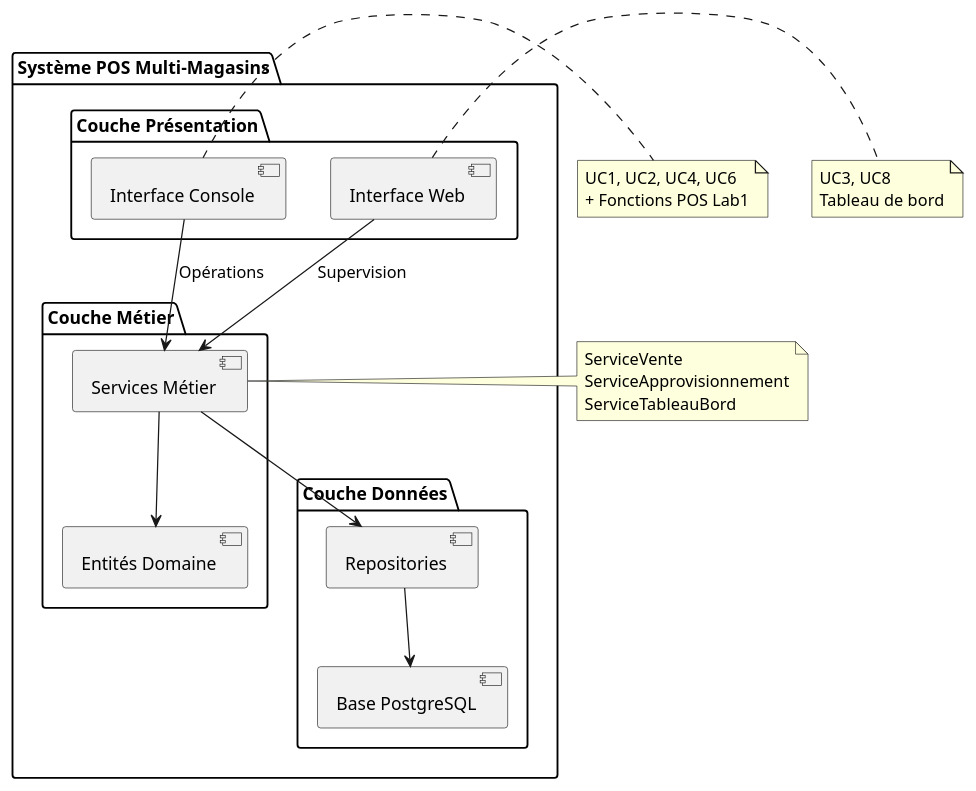
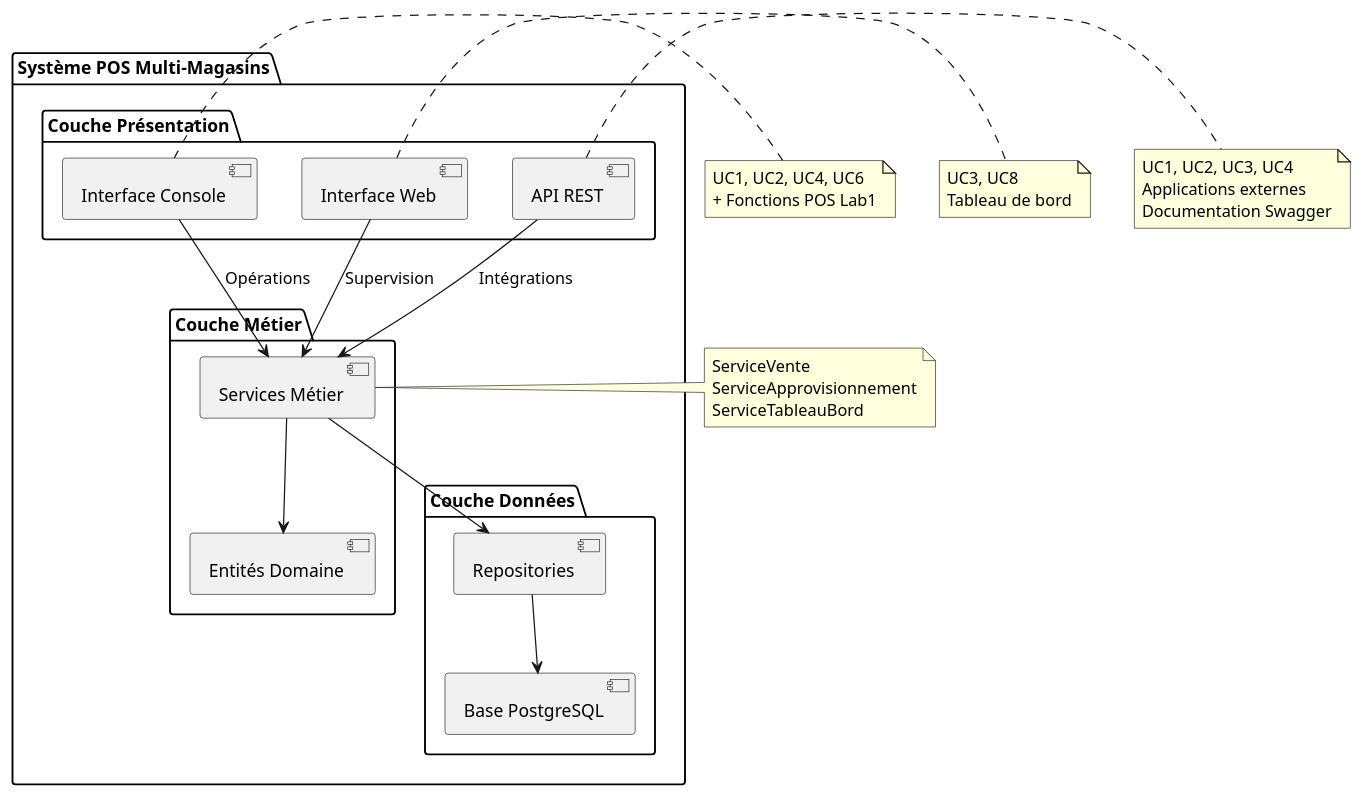
The diagram in docs/uml/composants.puml (MelvinSDRS/log430-lab7-bis), drawn with PlantUML before and after one commit. The commit also changed 31 other files, not shown here.

```diff
--- a/docs/uml/composants.puml
+++ b/docs/uml/composants.puml
@@ -1,47 +1,55 @@
 @startuml
 package "Système POS Multi-Magasins" {
 
   ' Interfaces utilisateur
   package "Couche Présentation" {
     [Interface Console] as CONSOLE
     [Interface Web] as WEB
+    [API REST] as API
   }
   
   ' Logique métier centralisée
   package "Couche Métier" {
     [Services Métier] as SERVICES
     [Entités Domaine] as ENTITIES
   }
   
   ' Persistance
   package "Couche Données" {
     [Repositories] as REPOS
     [Base PostgreSQL] as DB
   }
 }
 
 ' Relations
 CONSOLE --> SERVICES : Opérations
 WEB --> SERVICES : Supervision
+API --> SERVICES : Intégrations
 SERVICES --> ENTITIES
 SERVICES --> REPOS
 REPOS --> DB
 
 ' Annotations
 note right of CONSOLE
   UC1, UC2, UC4, UC6
   + Fonctions POS Lab1
 end note
 
 note right of WEB
   UC3, UC8
   Tableau de bord
 end note
 
+note right of API
+  UC1, UC2, UC3, UC4
+  Applications externes
+  Documentation Swagger
+end note
+
 note right of SERVICES
   ServiceVente
   ServiceApprovisionnement
   ServiceTableauBord
 end note
 
 @enduml
```
